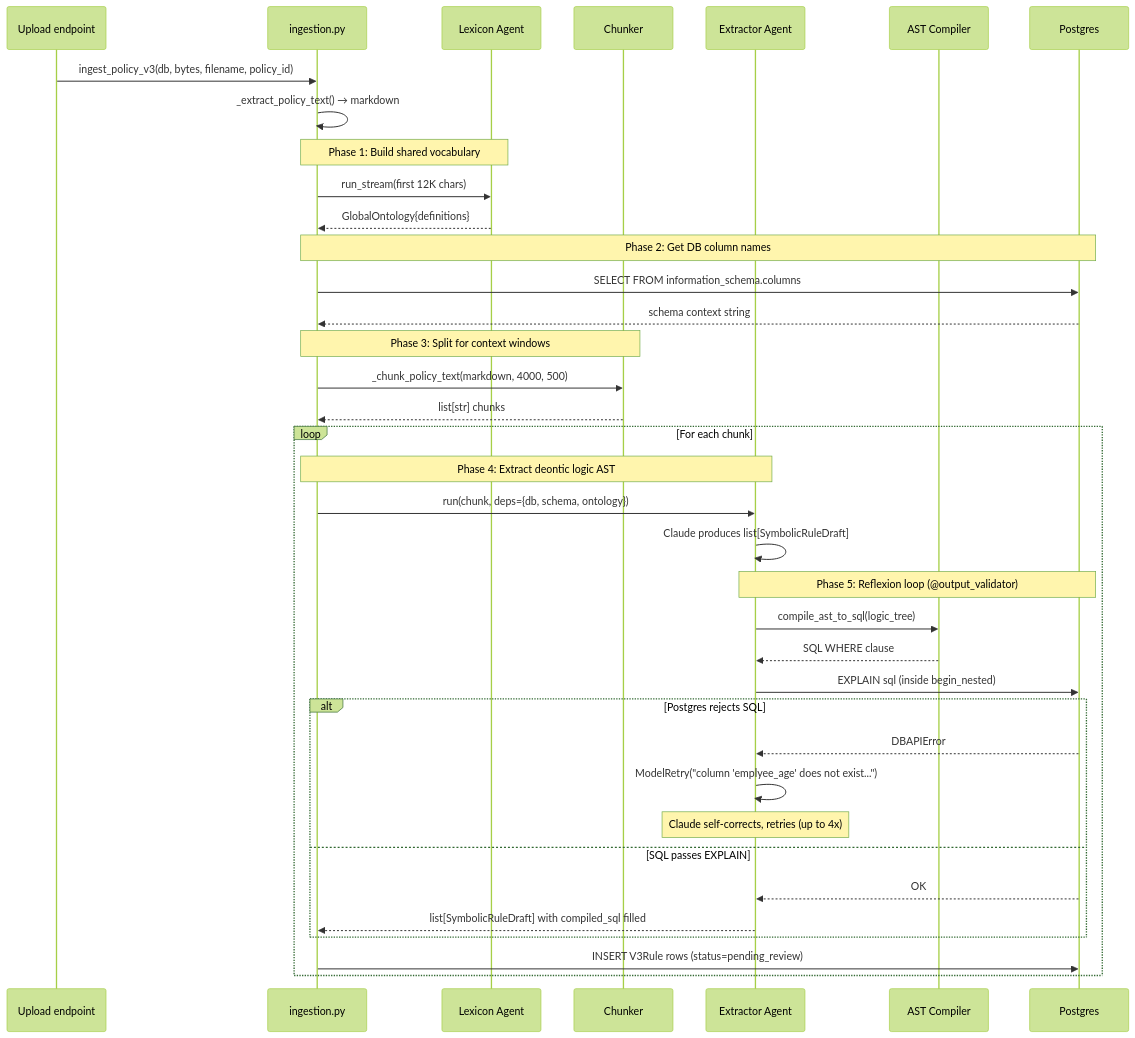
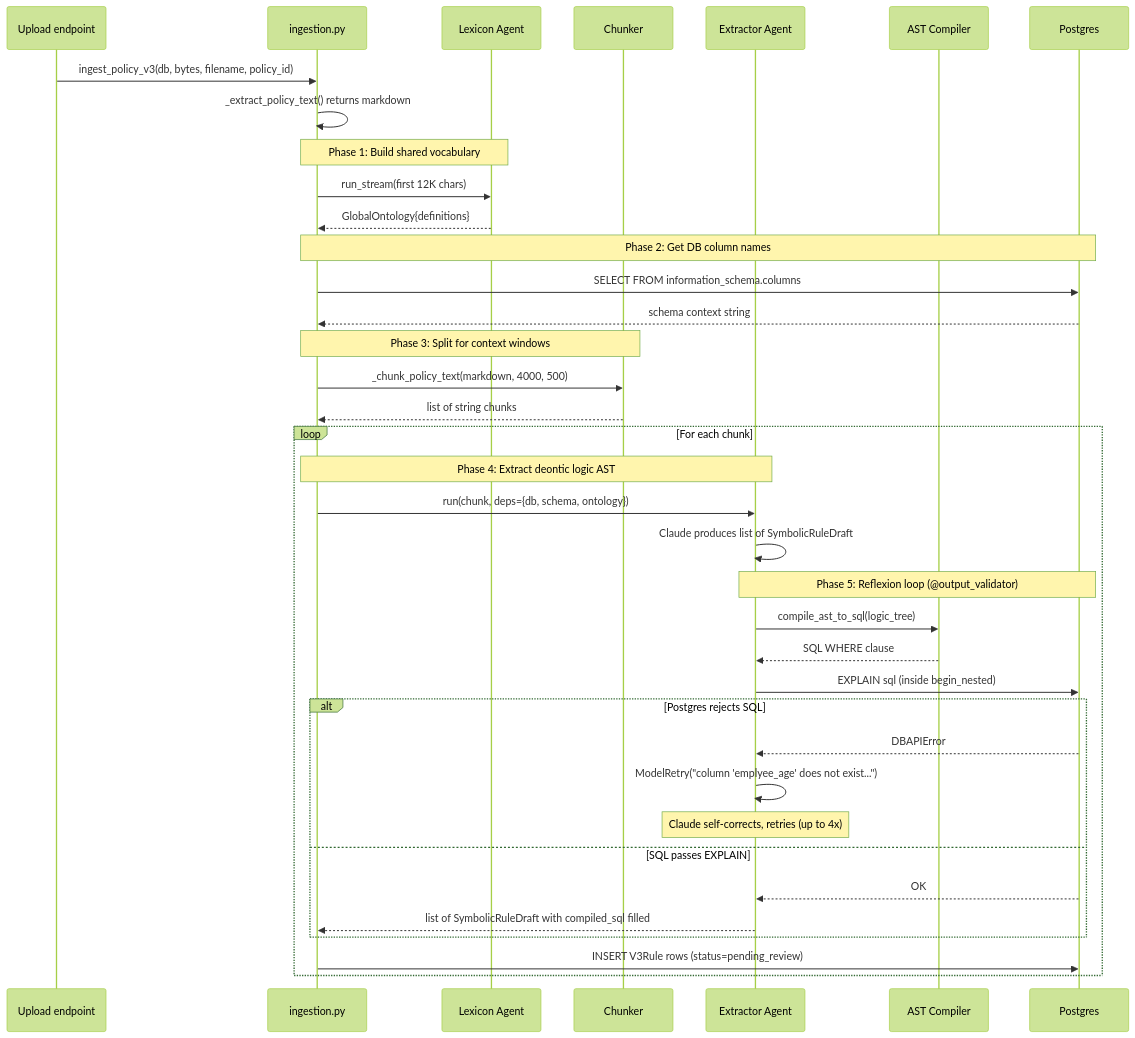
One commit to ShivamB25/TraceRule changed the second of 9 diagrams in docs/AGENT_COLLABORATION.md. Above: the diagram before and after it, drawn with Mermaid (forest theme). The commit also changed other lines of this file, not shown here.

Commit message:
docs: Improve readability and rendering of diagrams in AGENT_COLLABORATION.md by replacing newlines with HTML breaks and clarifying text descriptions.

````diff
--- a/docs/AGENT_COLLABORATION.md
+++ b/docs/AGENT_COLLABORATION.md
@@ -83,47 +83,47 @@
 ```mermaid
 sequenceDiagram
     participant U as Upload endpoint
     participant I as ingestion.py
     participant L as Lexicon Agent
     participant C as Chunker
     participant E as Extractor Agent
     participant A as AST Compiler
     participant P as Postgres
 
     U->>I: ingest_policy_v3(db, bytes, filename, policy_id)
-    I->>I: _extract_policy_text() → markdown
+    I->>I: _extract_policy_text() returns markdown
 
     Note over I,L: Phase 1: Build shared vocabulary
     I->>L: run_stream(first 12K chars)
     L-->>I: GlobalOntology{definitions}
 
     Note over I,P: Phase 2: Get DB column names
     I->>P: SELECT FROM information_schema.columns
     P-->>I: schema context string
 
     Note over I,C: Phase 3: Split for context windows
     I->>C: _chunk_policy_text(markdown, 4000, 500)
-    C-->>I: list[str] chunks
+    C-->>I: list of string chunks
 
     loop For each chunk
         Note over I,E: Phase 4: Extract deontic logic AST
         I->>E: run(chunk, deps={db, schema, ontology})
-        E->>E: Claude produces list[SymbolicRuleDraft]
+        E->>E: Claude produces list of SymbolicRuleDraft
 
         Note over E,P: Phase 5: Reflexion loop (@output_validator)
         E->>A: compile_ast_to_sql(logic_tree)
         A-->>E: SQL WHERE clause
         E->>P: EXPLAIN sql (inside begin_nested)
 
         alt Postgres rejects SQL
             P-->>E: DBAPIError
             E->>E: ModelRetry("column 'emplyee_age' does not exist...")
             Note over E: Claude self-corrects, retries (up to 4x)
         else SQL passes EXPLAIN
             P-->>E: OK
-            E-->>I: list[SymbolicRuleDraft] with compiled_sql filled
+            E-->>I: list of SymbolicRuleDraft with compiled_sql filled
         end
 
         I->>P: INSERT V3Rule rows (status=pending_review)
     end
 ```
````
